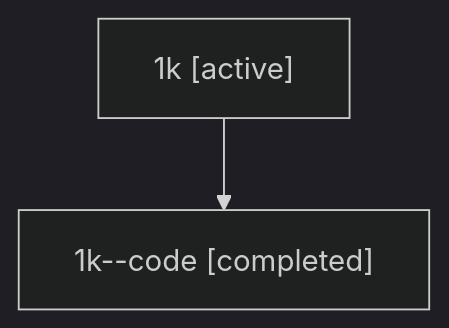
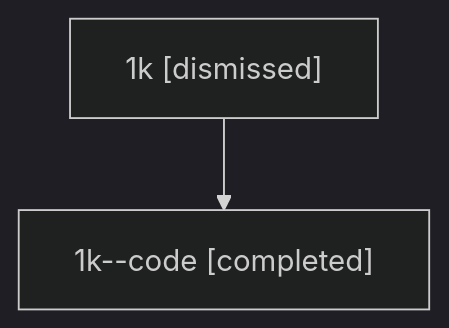
The diagram in sessions/bbugyi200.athena.1k.md (sase-org/sase--agents), drawn with Mermaid (dark theme) before and after one commit. The commit also changed other lines of this file and 32 other files, not shown here.

````diff
--- a/sessions/bbugyi200.athena.1k.md
+++ b/sessions/bbugyi200.athena.1k.md
@@ -9,6 +9,6 @@
 ```mermaid
 flowchart TD
-  n0["1k [active]"]
+  n0["1k [dismissed]"]
   n1["1k--code [completed]"]
   n0 --> n1
 ```
````
